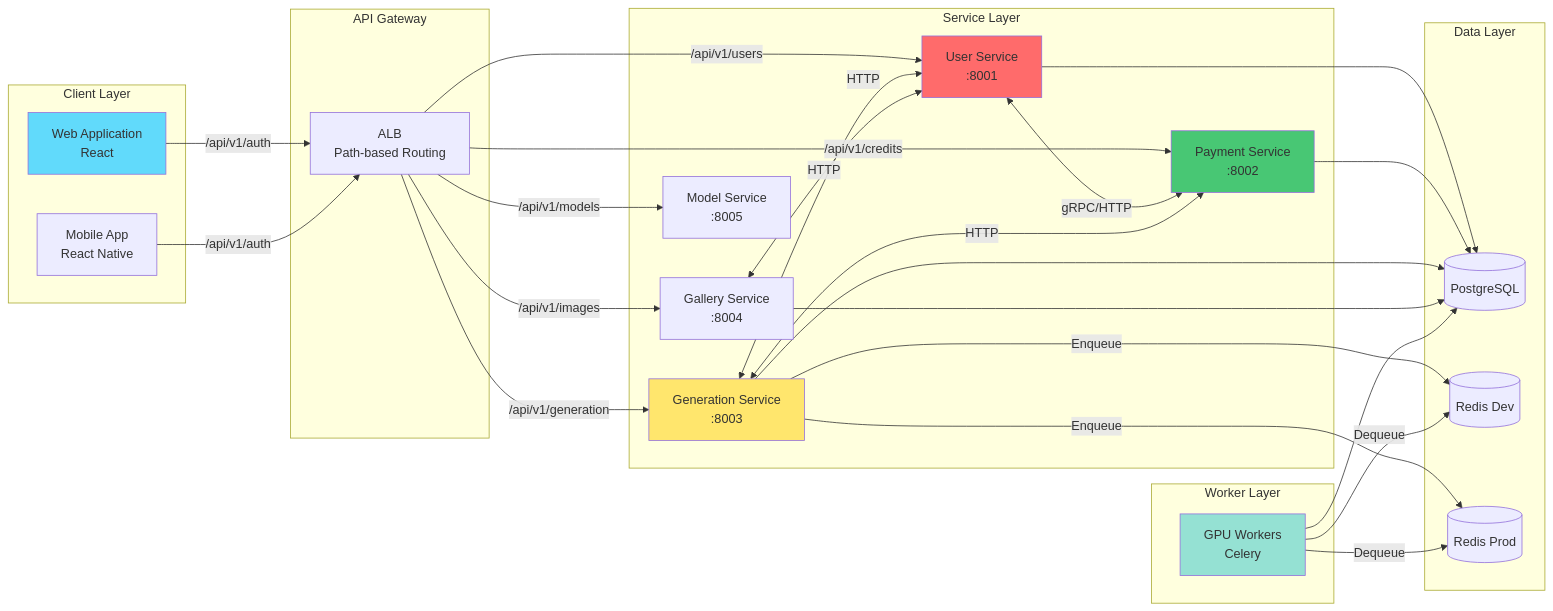
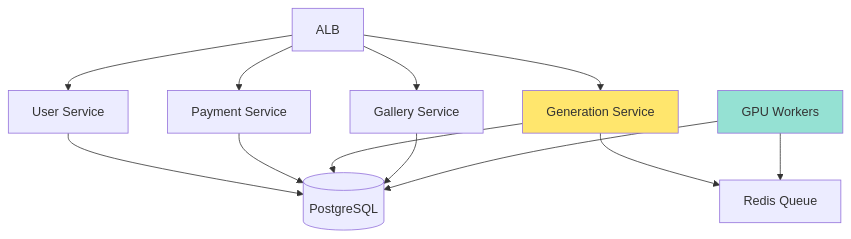
One commit to Pinksea-AI/InvokeAI changed the second of 21 diagrams in docs/final-architecture/02-data-flow-diagrams.md. Above: the diagram before and after it, drawn with Mermaid. The commit also changed other lines of this file and 1 other file, not shown here.

First line of the commit message:
docs: Mermaid 다이어그램 렌더링 문제 수정

````diff
--- a/docs/final-architecture/02-data-flow-diagrams.md
+++ b/docs/final-architecture/02-data-flow-diagrams.md
@@ -53,61 +66,19 @@
 ```mermaid
-graph LR
-    subgraph "Client Layer"
-        WebApp[Web Application<br/>React]
-        MobileApp[Mobile App<br/>React Native]
-    end
+graph TB
+    ALB[ALB] --> UserSvc[User Service]
+    ALB --> PaymentSvc[Payment Service]
+    ALB --> GenSvc[Generation Service]
+    ALB --> GallerySvc[Gallery Service]
 
-    subgraph "API Gateway"
-        ALB[ALB<br/>Path-based Routing]
-    end
+    GenSvc --> Redis[Redis Queue]
+    Workers[GPU Workers] --> Redis
 
-    subgraph "Service Layer"
-        UserSvc[User Service<br/>:8001]
-        PaymentSvc[Payment Service<br/>:8002]
-        GenSvc[Generation Service<br/>:8003]
-        GallerySvc[Gallery Service<br/>:8004]
-        ModelSvc[Model Service<br/>:8005]
-    end
+    UserSvc --> DB[(PostgreSQL)]
+    PaymentSvc --> DB
+    GenSvc --> DB
+    GallerySvc --> DB
+    Workers --> DB
 
-    subgraph "Data Layer"
-        PostgreSQL[(PostgreSQL)]
-        RedisDev[(Redis Dev)]
-        RedisProd[(Redis Prod)]
-    end
-
-    subgraph "Worker Layer"
-        Workers[GPU Workers<br/>Celery]
-    end
-
-    WebApp -->|/api/v1/auth| ALB
-    MobileApp -->|/api/v1/auth| ALB
-
-    ALB -->|/api/v1/users| UserSvc
-    ALB -->|/api/v1/credits| PaymentSvc
-    ALB -->|/api/v1/generation| GenSvc
-    ALB -->|/api/v1/images| GallerySvc
-    ALB -->|/api/v1/models| ModelSvc
-
-    UserSvc <-->|gRPC/HTTP| PaymentSvc
-    GenSvc <-->|HTTP| PaymentSvc
-    GenSvc <-->|HTTP| UserSvc
-    GallerySvc <-->|HTTP| UserSvc
-
-    UserSvc --> PostgreSQL
-    PaymentSvc --> PostgreSQL
-    GenSvc --> PostgreSQL
-    GallerySvc --> PostgreSQL
-
-    GenSvc -->|Enqueue| RedisDev
-    GenSvc -->|Enqueue| RedisProd
-
-    Workers -->|Dequeue| RedisDev
-    Workers -->|Dequeue| RedisProd
-    Workers --> PostgreSQL
-
-    style WebApp fill:#61DAFB
-    style UserSvc fill:#FF6B6B
-    style PaymentSvc fill:#48C774
     style GenSvc fill:#FFE66D
     style Workers fill:#95E1D3
 ```
````
